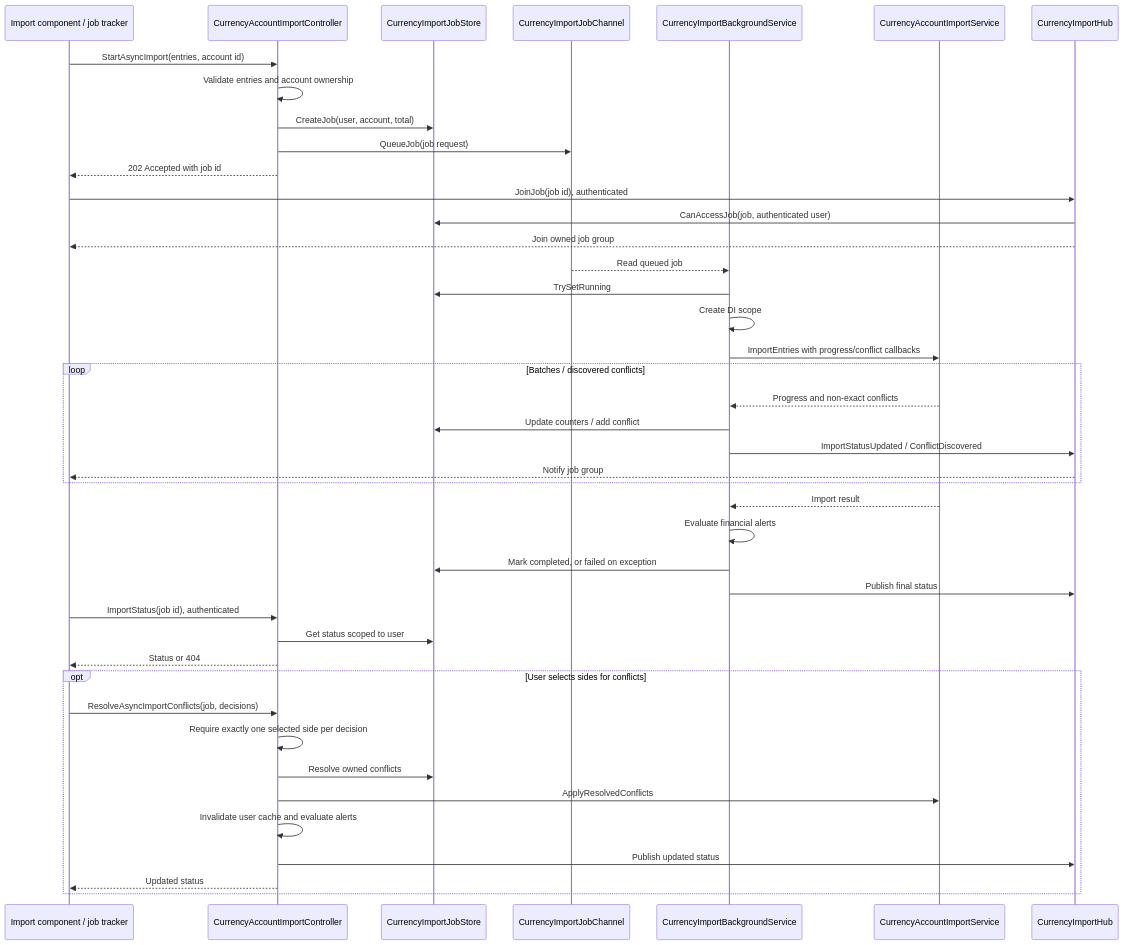
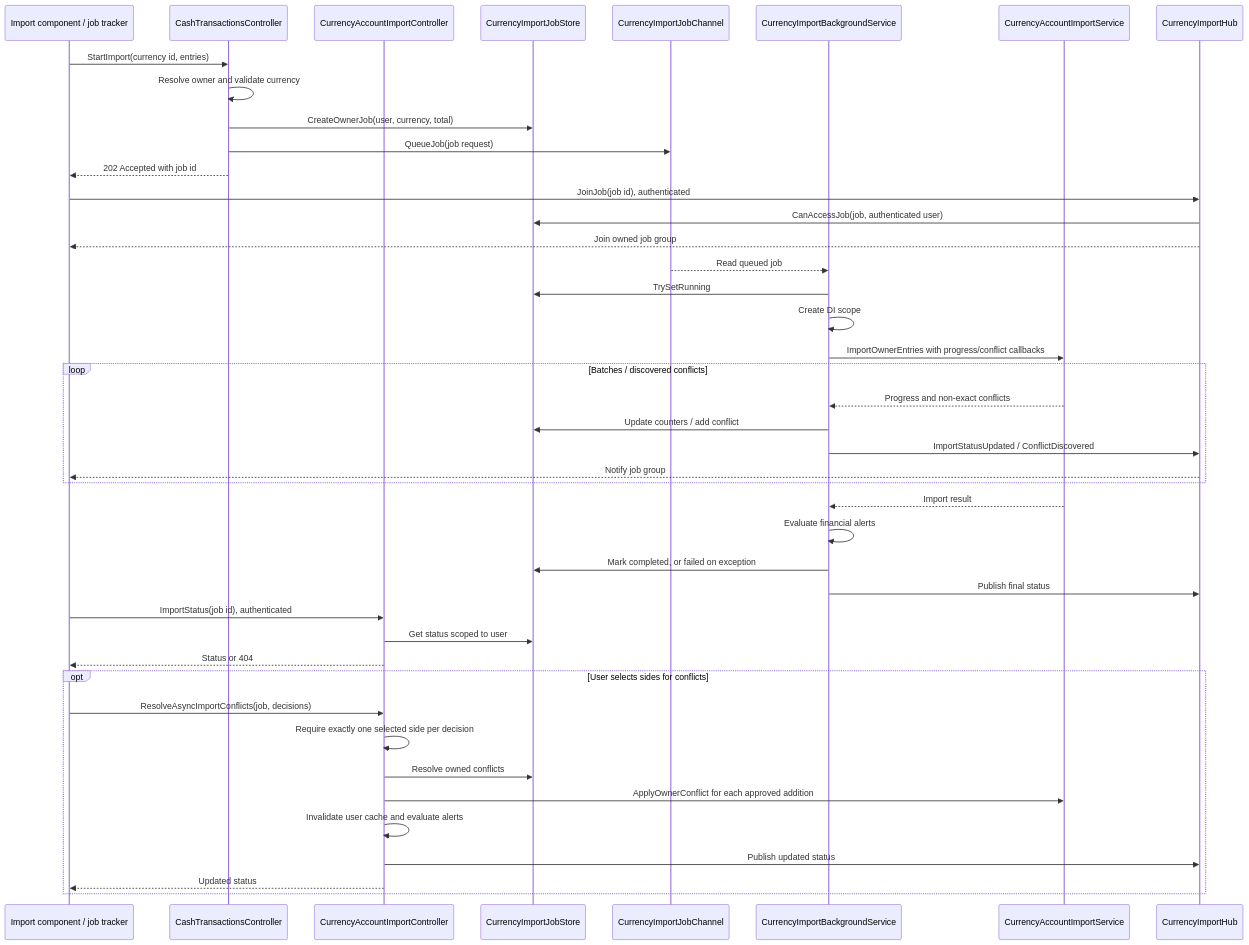
One commit to avresial/FinanceManager changed the third of 5 diagrams in docs/architecture/06-runtime-view.md. Above: the diagram before and after it, drawn with Mermaid. The commit also changed other lines of this file and 74 other files, not shown here.

Commit message:
Enforce owner keys and retire account writes #1138

````diff
--- a/docs/architecture/06-runtime-view.md
+++ b/docs/architecture/06-runtime-view.md
@@ -134,44 +134,45 @@
 ```mermaid
 sequenceDiagram
     participant Browser as Import component / job tracker
+    participant Start as CashTransactionsController
     participant API as CurrencyAccountImportController
     participant Store as CurrencyImportJobStore
     participant Queue as CurrencyImportJobChannel
     participant Worker as CurrencyImportBackgroundService
     participant Import as CurrencyAccountImportService
     participant Hub as CurrencyImportHub
-    Browser->>API: StartAsyncImport(entries, account id)
-    API->>API: Validate entries and account ownership
-    API->>Store: CreateJob(user, account, total)
-    API->>Queue: QueueJob(job request)
-    API-->>Browser: 202 Accepted with job id
+    Browser->>Start: StartImport(currency id, entries)
+    Start->>Start: Resolve owner and validate currency
+    Start->>Store: CreateOwnerJob(user, currency, total)
+    Start->>Queue: QueueJob(job request)
+    Start-->>Browser: 202 Accepted with job id
     Browser->>Hub: JoinJob(job id), authenticated
     Hub->>Store: CanAccessJob(job, authenticated user)
     Hub-->>Browser: Join owned job group
     Queue-->>Worker: Read queued job
     Worker->>Store: TrySetRunning
     Worker->>Worker: Create DI scope
-    Worker->>Import: ImportEntries with progress/conflict callbacks
+    Worker->>Import: ImportOwnerEntries with progress/conflict callbacks
     loop Batches / discovered conflicts
         Import-->>Worker: Progress and non-exact conflicts
         Worker->>Store: Update counters / add conflict
         Worker->>Hub: ImportStatusUpdated / ConflictDiscovered
         Hub-->>Browser: Notify job group
     end
     Import-->>Worker: Import result
     Worker->>Worker: Evaluate financial alerts
     Worker->>Store: Mark completed, or failed on exception
     Worker->>Hub: Publish final status
     Browser->>API: ImportStatus(job id), authenticated
     API->>Store: Get status scoped to user
     API-->>Browser: Status or 404
     opt User selects sides for conflicts
         Browser->>API: ResolveAsyncImportConflicts(job, decisions)
         API->>API: Require exactly one selected side per decision
         API->>Store: Resolve owned conflicts
-        API->>Import: ApplyResolvedConflicts
+        API->>Import: ApplyOwnerConflict for each approved addition
         API->>API: Invalidate user cache and evaluate alerts
         API->>Hub: Publish updated status
         API-->>Browser: Updated status
     end
 ```
````
